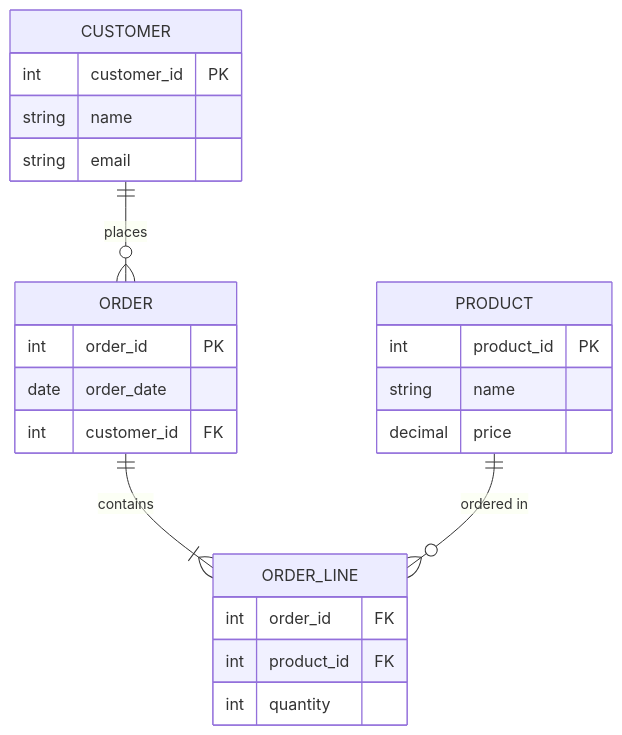
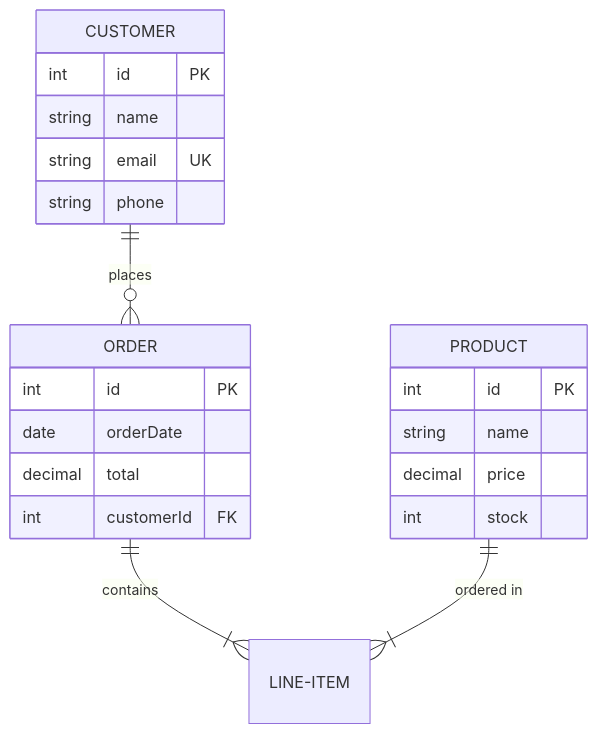
Before and after one commit to teachingai/full-stack-skills: the second of 11 diagrams in skills/mermaid/examples/er.md, drawn with Mermaid. The commit also changed other lines of this file and 29 other files, not shown here.

First line of the commit message:
docs(mermaid): 更新所有图表类型的文档示例和语法说明

````diff
--- a/skills/mermaid/examples/er.md
+++ b/skills/mermaid/examples/er.md
@@ -20,27 +40,24 @@
 ```mermaid
 erDiagram
-    CUSTOMER ||--o{ ORDER : places
-    ORDER ||--|{ ORDER_LINE : contains
-    PRODUCT ||--o{ ORDER_LINE : "ordered in"
-    
     CUSTOMER {
-        int customer_id PK
+        int id PK
         string name
-        string email
+        string email UK
+        string phone
     }
     ORDER {
-        int order_id PK
-        date order_date
-        int customer_id FK
+        int id PK
+        date orderDate
+        decimal total
+        int customerId FK
     }
     PRODUCT {
-        int product_id PK
+        int id PK
         string name
         decimal price
+        int stock
     }
-    ORDER_LINE {
-        int order_id FK
-        int product_id FK
-        int quantity
-    }
+    CUSTOMER ||--o{ ORDER : places
+    ORDER ||--|{ LINE-ITEM : contains
+    PRODUCT ||--|{ LINE-ITEM : "ordered in"
 ```
````
